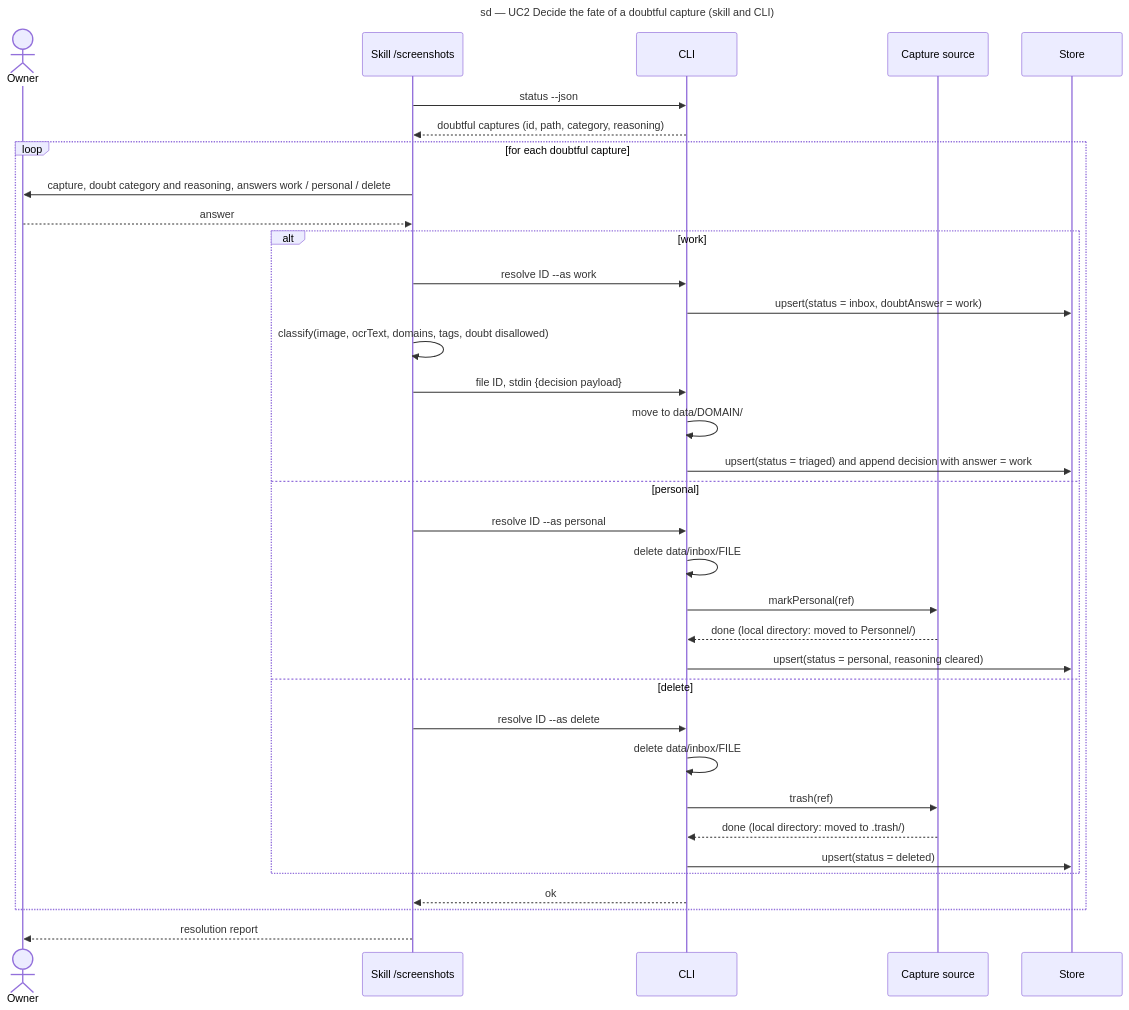
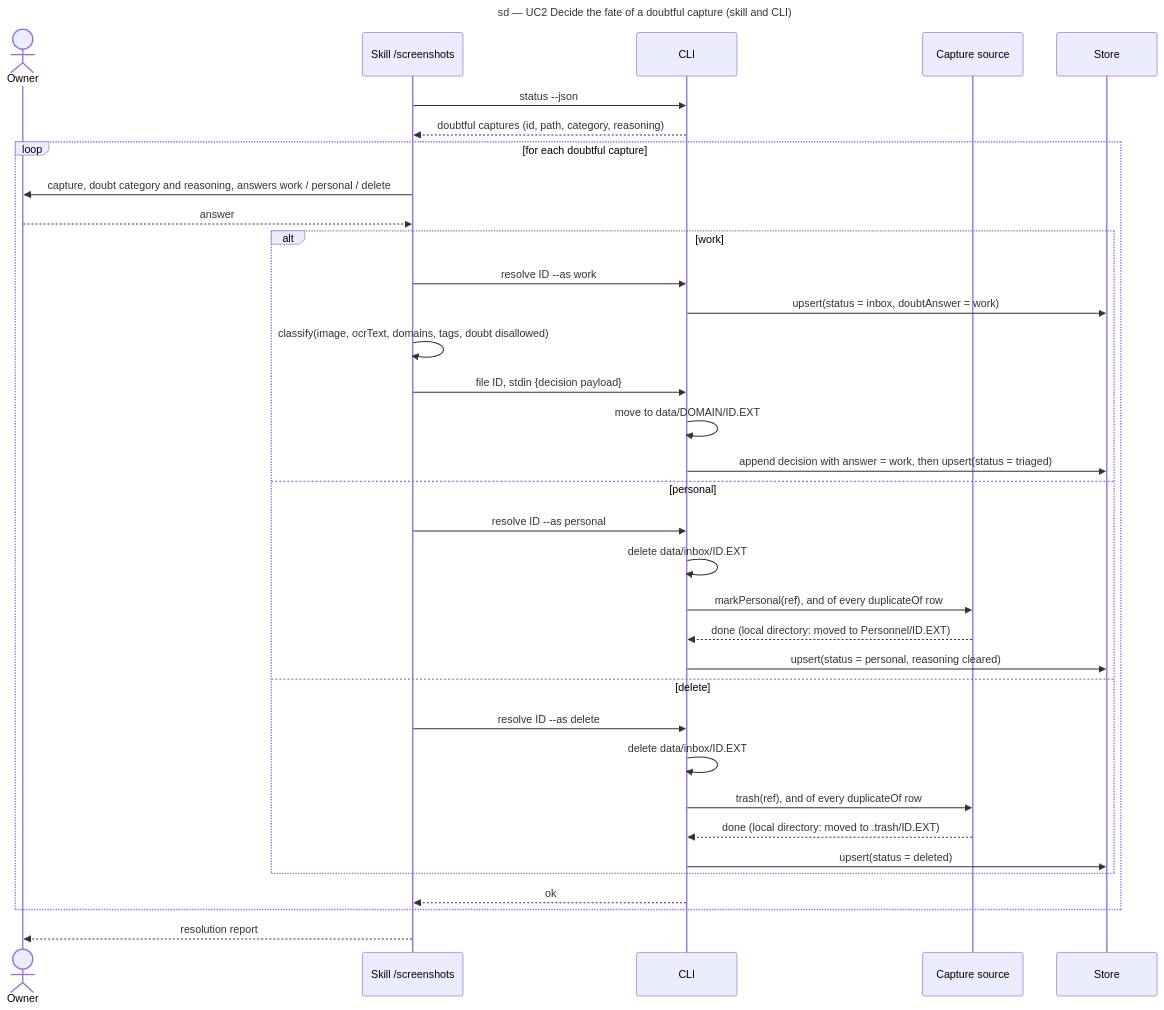
One commit to benoit-bremaud/screenshot-triage changed the diagram in docs/architecture/diagrams/triage/02-sequence-resolve-doubt.md. Above: the diagram before and after it, drawn with Mermaid. The commit also changed other lines of this file and 10 other files, not shown here.

First line of the commit message:
docs(triage/architecture): name local copies by id and settle duplicates with their original

````diff
--- a/docs/architecture/diagrams/triage/02-sequence-resolve-doubt.md
+++ b/docs/architecture/diagrams/triage/02-sequence-resolve-doubt.md
@@ -14,37 +14,37 @@
 ```mermaid
 sequenceDiagram
   title sd — UC2 Decide the fate of a doubtful capture (skill and CLI)
   actor Owner
   participant Skill as Skill /screenshots
   participant CLI as CLI
   participant Source as Capture source
   participant Store as Store
   Skill->>CLI: status --json
   CLI-->>Skill: doubtful captures (id, path, category, reasoning)
   loop for each doubtful capture
     Skill->>Owner: capture, doubt category and reasoning, answers work / personal / delete
     Owner-->>Skill: answer
     alt work
       Skill->>CLI: resolve ID --as work
       CLI->>Store: upsert(status = inbox, doubtAnswer = work)
       Skill->>Skill: classify(image, ocrText, domains, tags, doubt disallowed)
       Skill->>CLI: file ID, stdin {decision payload}
-      CLI->>CLI: move to data/DOMAIN/
-      CLI->>Store: upsert(status = triaged) and append decision with answer = work
+      CLI->>CLI: move to data/DOMAIN/ID.EXT
+      CLI->>Store: append decision with answer = work, then upsert(status = triaged)
     else personal
       Skill->>CLI: resolve ID --as personal
-      CLI->>CLI: delete data/inbox/FILE
-      CLI->>Source: markPersonal(ref)
-      Source-->>CLI: done (local directory: moved to Personnel/)
+      CLI->>CLI: delete data/inbox/ID.EXT
+      CLI->>Source: markPersonal(ref), and of every duplicateOf row
+      Source-->>CLI: done (local directory: moved to Personnel/ID.EXT)
       CLI->>Store: upsert(status = personal, reasoning cleared)
     else delete
       Skill->>CLI: resolve ID --as delete
-      CLI->>CLI: delete data/inbox/FILE
-      CLI->>Source: trash(ref)
-      Source-->>CLI: done (local directory: moved to .trash/)
+      CLI->>CLI: delete data/inbox/ID.EXT
+      CLI->>Source: trash(ref), and of every duplicateOf row
+      Source-->>CLI: done (local directory: moved to .trash/ID.EXT)
       CLI->>Store: upsert(status = deleted)
     end
     CLI-->>Skill: ok
   end
   Skill-->>Owner: resolution report
 ```
````
